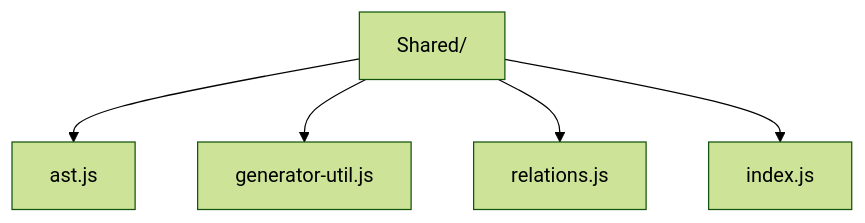
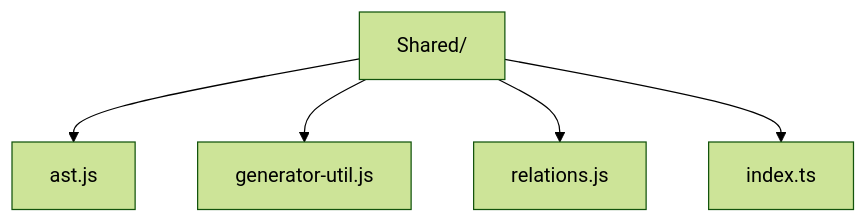
Before and after one commit to leds-org/leds-tools-public: the third of 3 diagrams in docs/spark/Lib/2_Explanning.md, drawn with Mermaid (forest theme). The commit also changed other lines of this file and 5 other files, not shown here.

````diff
--- a/docs/spark/Lib/2_Explanning.md
+++ b/docs/spark/Lib/2_Explanning.md
@@ -38,8 +38,9 @@
 ```mermaid
 
 graph TD
   Shared/ --> D[ast.js]
   Shared/ --> A[generator-util.js]
   Shared/ --> B[relations.js]
-  Shared/ --> C[index.js]
+  Shared/ --> C[index.ts]
+
 ```
````
